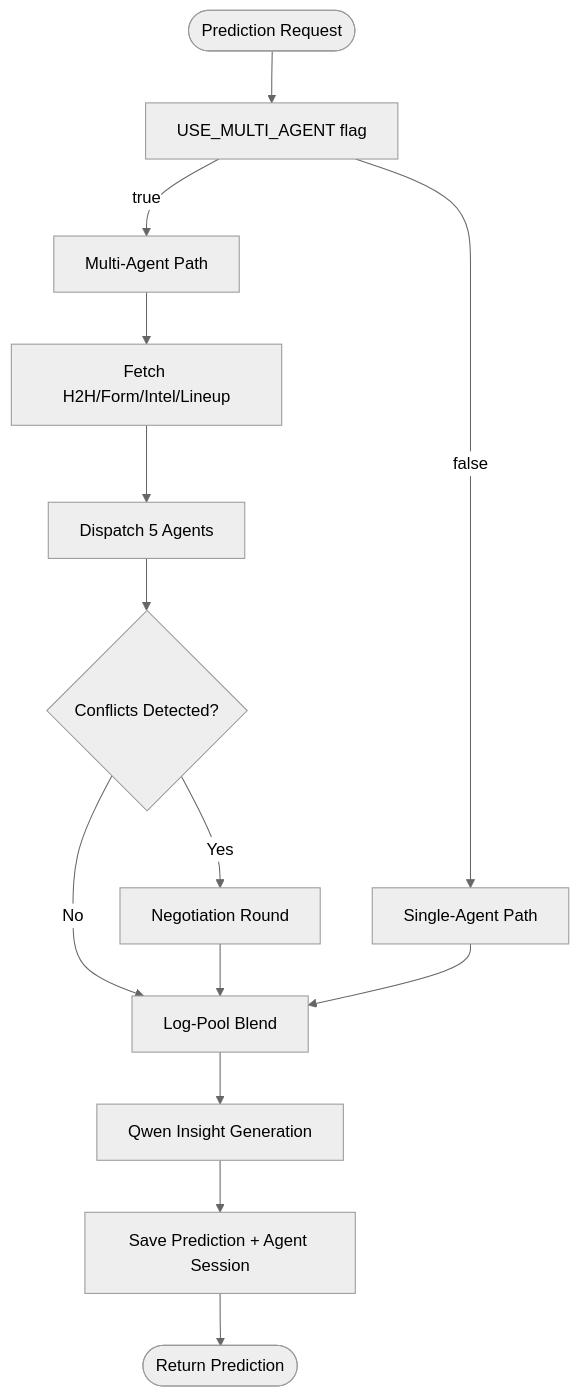
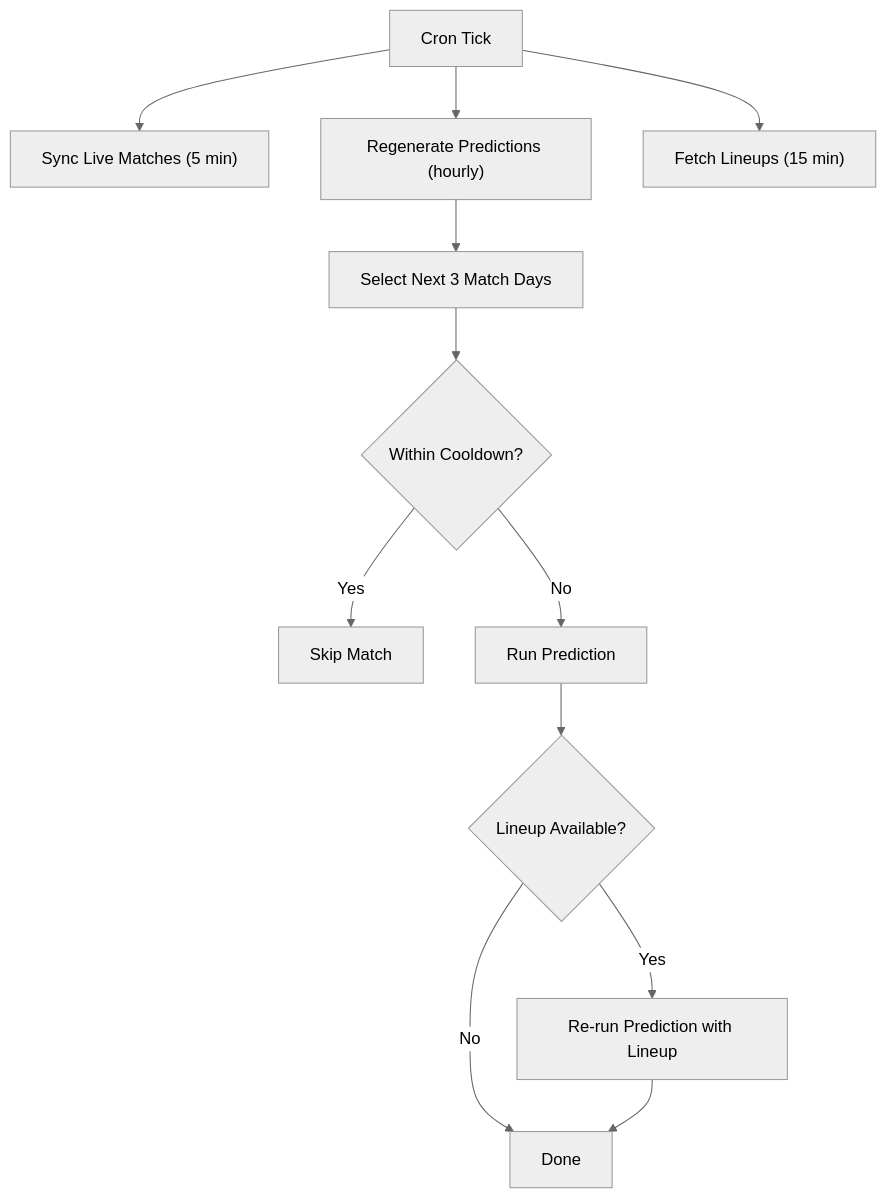
The sixth of 10 diagrams in .qoder/repowiki/en/content/System Architecture/System Architecture.md (cheesiong/WC26-qwen), drawn with Mermaid (neutral theme) before and after one commit. The commit also changed other lines of this file and 181 other files, not shown here.

First line of the commit message:
Add Sofascore and Google multi-source lineup scrapers

````diff
--- a/.qoder/repowiki/en/content/System Architecture/System Architecture.md
+++ b/.qoder/repowiki/en/content/System Architecture/System Architecture.md
@@ -320,16 +281,14 @@
 ```mermaid
 flowchart TD
-Start(["Prediction Request"]) --> CheckAgent["USE_MULTI_AGENT flag"]
-CheckAgent --> |true| MultiAgent["Multi-Agent Path"]
-CheckAgent --> |false| SingleAgent["Single-Agent Path"]
-MultiAgent --> FetchData["Fetch H2H/Form/Intel/Lineup"]
-FetchData --> Agents["Dispatch 5 Agents"]
-Agents --> Conflict{"Conflicts Detected?"}
-Conflict --> |Yes| Negotiate["Negotiation Round"]
-Conflict --> |No| Blend["Log-Pool Blend"]
-Negotiate --> Blend
-SingleAgent --> Blend
-Blend --> Insight["Qwen Insight Generation"]
-Insight --> Save["Save Prediction + Agent Session"]
-Save --> End(["Return Prediction"])
+Tick["Cron Tick"] --> Live["Sync Live Matches (5 min)"]
+Tick --> Pred["Regenerate Predictions (hourly)"]
+Tick --> Lineup["Fetch Lineups (15 min)"]
+Pred --> NextDays["Select Next 3 Match Days"]
+NextDays --> Cooldown{"Within Cooldown?"}
+Cooldown --> |Yes| Skip["Skip Match"]
+Cooldown --> |No| Predict["Run Prediction"]
+Predict --> MaybeLineup{"Lineup Available?"}
+MaybeLineup --> |Yes| RePredict["Re-run Prediction with Lineup"]
+MaybeLineup --> |No| Done["Done"]
+RePredict --> Done
 ```
````
